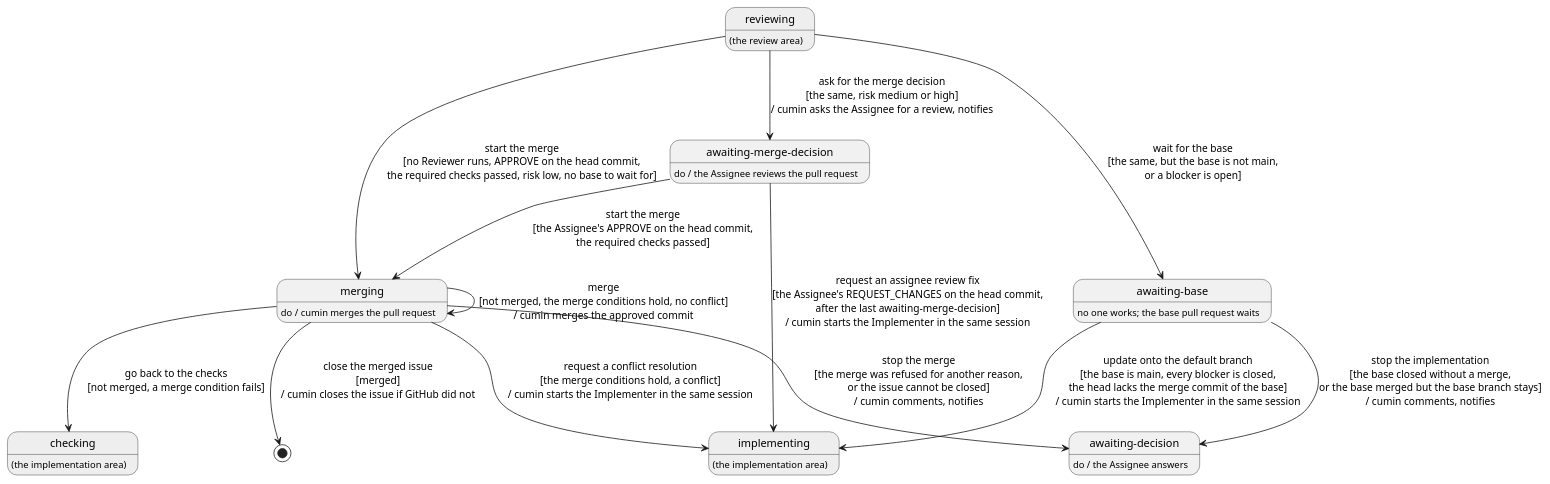
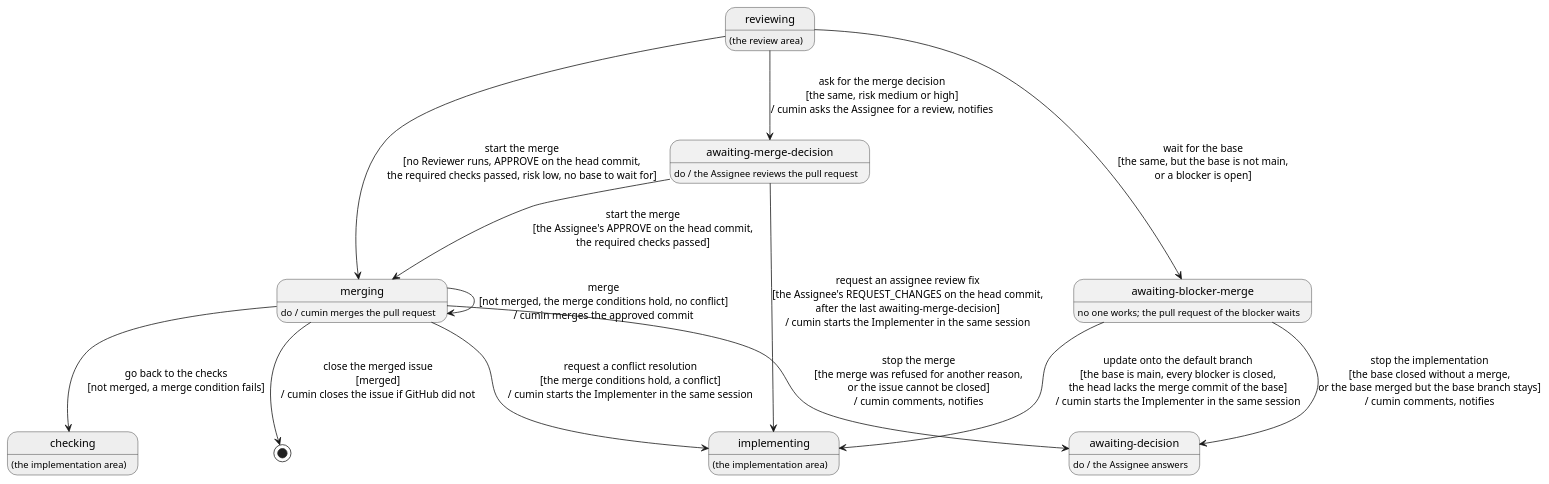
Before and after one commit to cloveclovedev/cumin-works: the diagram in docs/ja/requirements/merge/overview.puml, drawn with PlantUML. The commit also changed 17 other files, not shown here.

```diff
--- a/docs/ja/requirements/merge/overview.puml
+++ b/docs/ja/requirements/merge/overview.puml
@@ -1,43 +1,43 @@
 @startuml overview
 ' cumin-works - the states of an implementation issue in the merge stage.
 ' A state is a label on GitHub, written without "cumin/status/". "do /" says who works in the state.
 ' A transition is written: action [guard] / what cumin does. A gray state belongs to another area.
 ' Render: run scripts/render-diagrams.sh at the root of the repository.
 
 hide empty description
 
 state "reviewing" as Reviewing #EEEEEE
 Reviewing : (the review area)
 
 state "awaiting-merge-decision" as MergeDecision
 MergeDecision : do / the Assignee reviews the pull request
 
 state "merging" as Merging
 Merging : do / cumin merges the pull request
 
 state "implementing" as Implementing #EEEEEE
 Implementing : (the implementation area)
 
 state "checking" as Checking #EEEEEE
 Checking : (the implementation area)
 
-state "awaiting-base" as AwaitingBase
-AwaitingBase : no one works; the base pull request waits
+state "awaiting-blocker-merge" as AwaitingBase
+AwaitingBase : no one works; the pull request of the blocker waits
 
 state "awaiting-decision" as Decision
 Decision : do / the Assignee answers
 
 Reviewing --> Merging : start the merge\n[no Reviewer runs, APPROVE on the head commit,\nthe required checks passed, risk low, no base to wait for]
 Reviewing --> MergeDecision : ask for the merge decision\n[the same, risk medium or high]\n/ cumin asks the Assignee for a review, notifies
 MergeDecision --> Merging : start the merge\n[the Assignee's APPROVE on the head commit,\nthe required checks passed]
 MergeDecision --> Implementing : request an assignee review fix\n[the Assignee's REQUEST_CHANGES on the head commit,\nafter the last awaiting-merge-decision]\n/ cumin starts the Implementer in the same session
 Reviewing --> AwaitingBase : wait for the base\n[the same, but the base is not main,\nor a blocker is open]
 AwaitingBase --> Implementing : update onto the default branch\n[the base is main, every blocker is closed,\nthe head lacks the merge commit of the base]\n/ cumin starts the Implementer in the same session
 AwaitingBase --> Decision : stop the implementation\n[the base closed without a merge,\nor the base merged but the base branch stays]\n/ cumin comments, notifies
 Merging --> Merging : merge\n[not merged, the merge conditions hold, no conflict]\n/ cumin merges the approved commit
 Merging --> [*] : close the merged issue\n[merged]\n/ cumin closes the issue if GitHub did not
 Merging --> Checking : go back to the checks\n[not merged, a merge condition fails]
 Merging --> Implementing : request a conflict resolution\n[the merge conditions hold, a conflict]\n/ cumin starts the Implementer in the same session
 Merging --> Decision : stop the merge\n[the merge was refused for another reason,\nor the issue cannot be closed]\n/ cumin comments, notifies
 
 @enduml
```
